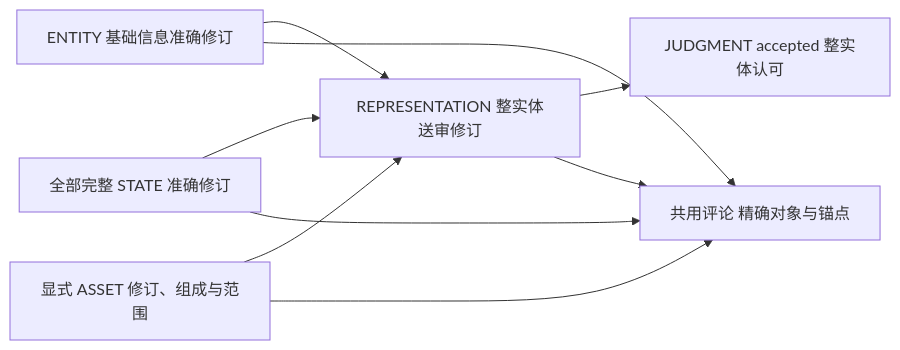
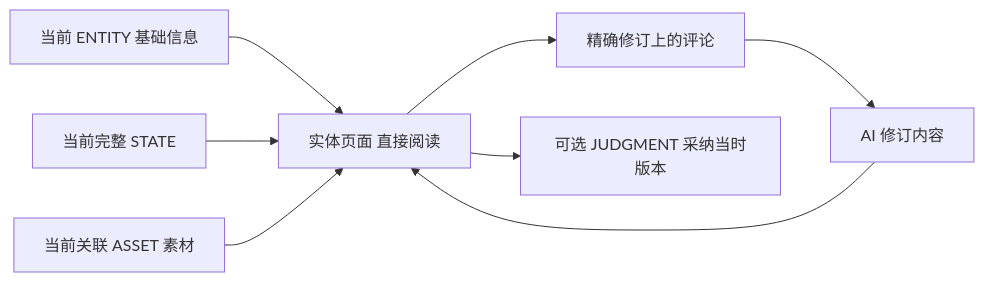
Before and after one commit to goosmanlei/story-review-desk: the second of 2 diagrams in docs/production.md, drawn with Mermaid. The commit also changed other lines of this file and 8 other files, not shown here.

````diff
--- a/docs/production.md
+++ b/docs/production.md
@@ -79,11 +76,10 @@
 ```mermaid
 flowchart LR
-  E[ENTITY 基础信息准确修订] --> R[REPRESENTATION 整实体送审修订]
-  S[全部完整 STATE 准确修订] --> R
-  A[显式 ASSET 修订、组成与范围] --> R
-  R --> J[JUDGMENT accepted 整实体认可]
-  E --> C[共用评论 精确对象与锚点]
-  S --> C
-  A --> C
-  R --> C
+  E[当前 ENTITY 基础信息] --> P[实体页面 直接阅读]
+  S[当前完整 STATE] --> P
+  A[当前关联 ASSET 素材] --> P
+  P --> C[精确修订上的评论]
+  C --> AI[AI 修订内容]
+  AI --> P
+  P --> J[可选 JUDGMENT 采纳当时版本]
 ```
````
